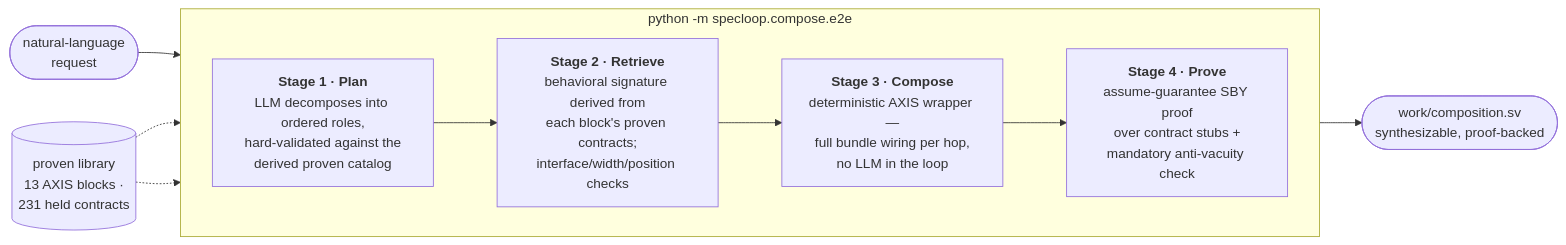
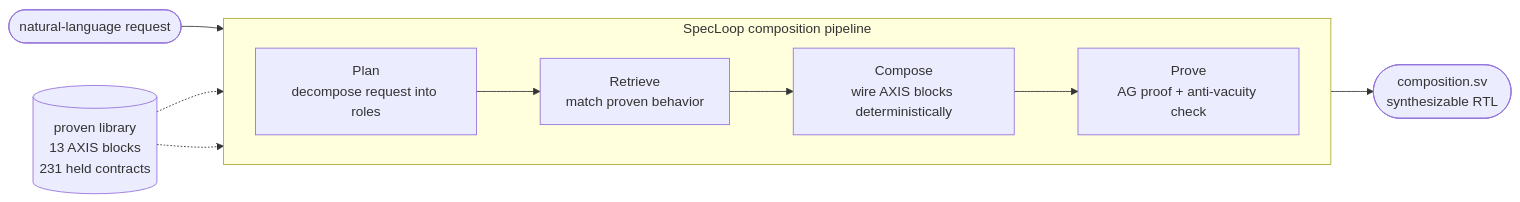
The diagram in README.md (hrisheekmust-blip/SPECLOOP), drawn with Mermaid before and after one commit. The commit also changed other lines of this file, not shown here.

````diff
--- a/README.md
+++ b/README.md
@@ -110,17 +193,17 @@
 ```mermaid
 flowchart LR
-    REQ(["natural-language<br/>request"]) --> P
-    subgraph E2E["python -m specloop.compose.e2e"]
+    REQ(["natural-language request"]) --> P
+    subgraph E2E["SpecLoop composition pipeline"]
         direction LR
-        P["<b>Stage 1 · Plan</b><br/>LLM decomposes into ordered roles,<br/>hard-validated against the<br/>derived proven catalog"]
-        R["<b>Stage 2 · Retrieve</b><br/>behavioral signature derived from<br/>each block's proven contracts;<br/>interface/width/position checks"]
-        C["<b>Stage 3 · Compose</b><br/>deterministic AXIS wrapper —<br/>full bundle wiring per hop,<br/>no LLM in the loop"]
-        V["<b>Stage 4 · Prove</b><br/>assume-guarantee SBY proof<br/>over contract stubs +<br/>mandatory anti-vacuity check"]
+        P["Plan<br/>decompose request into roles"]
+        R["Retrieve<br/>match proven behavior"]
+        C["Compose<br/>wire AXIS blocks deterministically"]
+        V["Prove<br/>AG proof + anti-vacuity check"]
         P --> R
         R --> C
         C --> V
     end
-    LIB[("proven library<br/>13 AXIS blocks ·<br/>231 held contracts")] -.-> R
+    LIB[("proven library<br/>13 AXIS blocks<br/>231 held contracts")] -.-> R
     LIB -.-> V
-    V --> OUT(["work/composition.sv<br/>synthesizable, proof-backed"])
+    V --> OUT(["composition.sv<br/>synthesizable RTL"])
 ```
````
